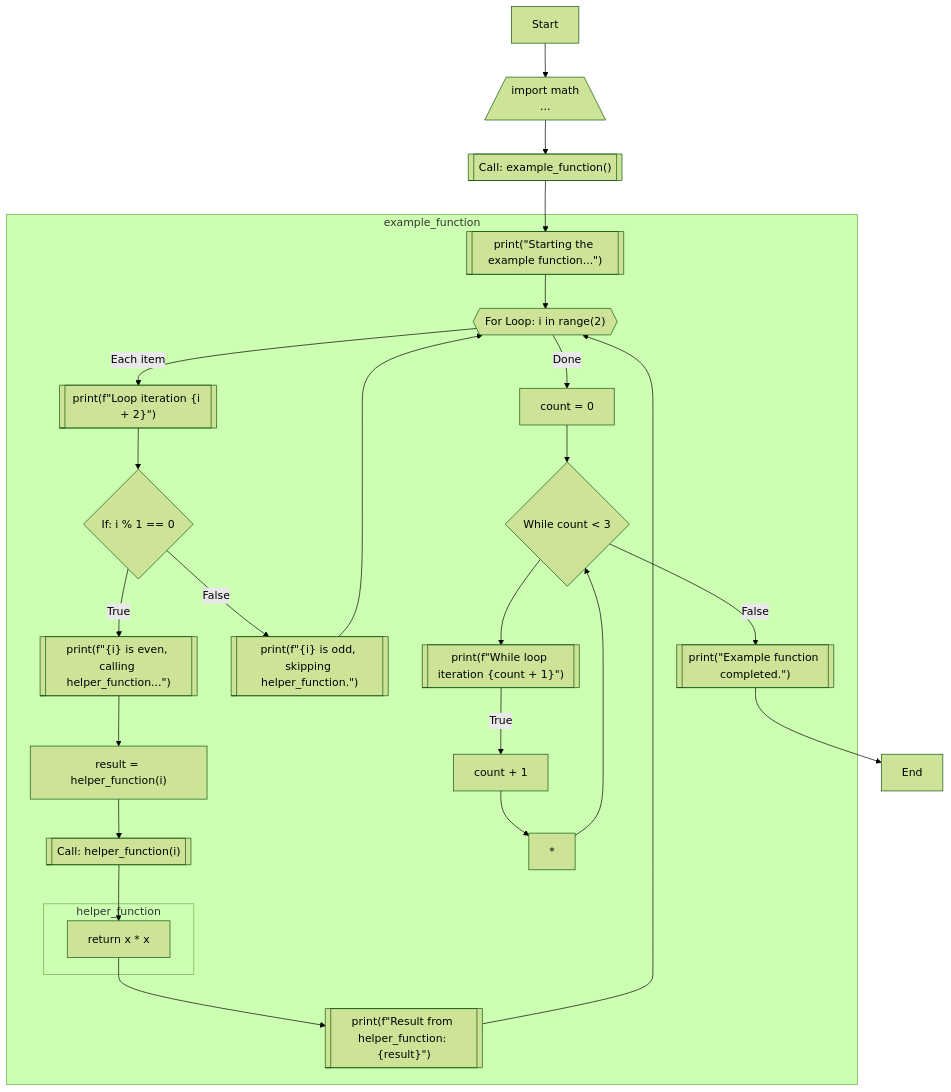
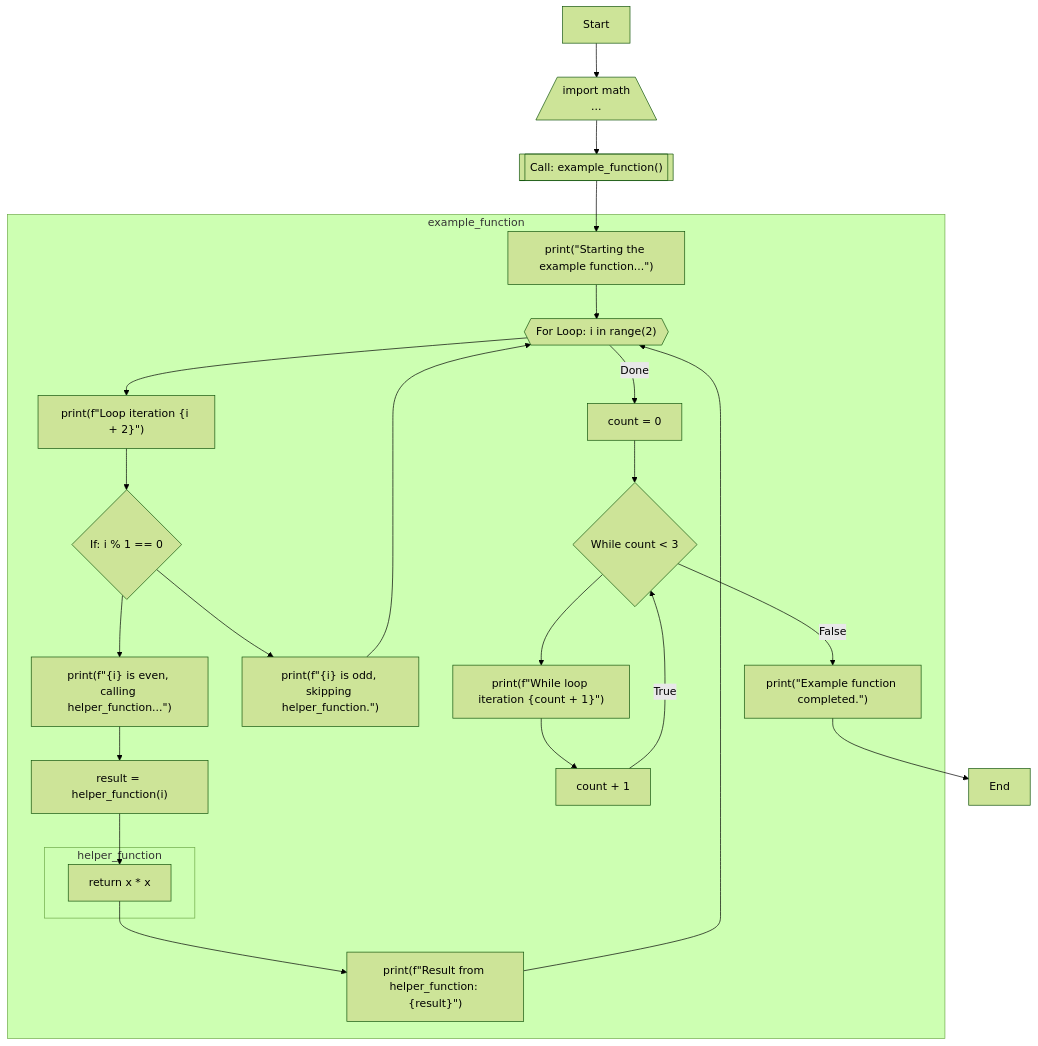
Before and after one commit to Leonardo8133/flowchart-machine: the diagram in flowchart/flowchart.mmd, drawn with Mermaid (forest theme). The commit also changed 11 other files, not shown here.

```diff
--- a/flowchart/flowchart.mmd
+++ b/flowchart/flowchart.mmd
@@ -1,80 +1,72 @@
 graph TD
-    start1[Start]
-    end2[End]
-    import3[/"import math
+	start1[Start]
+	end2[End]
+	import3[/"import math
 ..."\]
-    call_example_function4[["Call: example_function()"]]
-    expr6[["print(#quot;Starting the example function...#quot;)"]]
-    for_loop7{{"For Loop: i in range(2)"}}
-    expr9[["print(f#quot;Loop iteration {i + 2}#quot;)"]]
-    if_cond10{"If: i % 1 == 0"}
-    expr12[["print(f#quot;{i} is even, calling helper_function...#quot;)"]]
-    assign13["result = helper_function(i)"]
-    call_helper_function14[["Call: helper_function(i)"]]
-    return16["return x * x"]
-    expr17[["print(f#quot;Result from helper_function: {result}#quot;)"]]
-    expr18[["print(f#quot;{i} is odd, skipping helper_function.#quot;)"]]
-    assign19["count = 0"]
-    while_loop20{"While count < 3"}
-    expr22[["print(f#quot;While loop iteration {count + 1}#quot;)"]]
-    augassign23["count + 1"]
-    next_iter24[*]
-    expr25[["print(#quot;Example function completed.#quot;)"]]
+	call_example_function4[["Call: example_function()"]]
+	print6["print(#quot;Starting the example function...#quot;)"]
+	for_loop7{{"For Loop: i in range(2)"}}
+	print9["print(f#quot;Loop iteration {i + 2}#quot;)"]
+	if_cond10{"If: i % 1 == 0"}
+	print12["print(f#quot;{i} is even, calling helper_function...#quot;)"]
+	assign13["result = helper_function(i)"]
+	return15["return x * x"]
+	print16["print(f#quot;Result from helper_function: {result}#quot;)"]
+	print17["print(f#quot;{i} is odd, skipping helper_function.#quot;)"]
+	assign18["count = 0"]
+	while_loop19{"While count < 3"}
+	print21["print(f#quot;While loop iteration {count + 1}#quot;)"]
+	augassign22["count + 1"]
+	print23["print(#quot;Example function completed.#quot;)"]
     subgraph example_function
-        expr6
+        print6
         for_loop7
-        expr9
+        print9
         if_cond10
-        expr12
+        print12
         assign13
-        call_helper_function14
-        expr17
-        expr18
-        assign19
-        while_loop20
-        expr22
-        augassign23
-        next_iter24
-        expr25
+        print16
+        print17
+        assign18
+        while_loop19
+        print21
+        augassign22
+        print23
         subgraph helper_function
-            return16
+            return15
         end
     end
-    start1 --> import3
-    import3 --> call_example_function4
-    call_example_function4 --> expr6
-    expr6 --> for_loop7
-    for_loop7 -->|Each item| expr9
-    expr9 --> if_cond10
-    if_cond10 -->|True| expr12
-    expr12 --> assign13
-    assign13 --> call_helper_function14
-    call_helper_function14 --> return16
-    return16 --> expr17
-    expr17 --> for_loop7
-    if_cond10 -->|False| expr18
-    expr18 --> for_loop7
-    for_loop7 -->|Done| assign19
-    assign19 --> while_loop20
-    while_loop20 --> expr22
-    expr22 -->|True| augassign23
-    augassign23 --> next_iter24
-    next_iter24 --> while_loop20
-    while_loop20 -->|False| expr25
-    expr25 --> end2
-click expr6 setClickedNode
+	start1 --> import3
+	import3 --> call_example_function4
+	call_example_function4 --> print6
+	print6 --> for_loop7
+	for_loop7 --> print9
+	print9 --> if_cond10
+	if_cond10 --> print12
+	print12 --> assign13
+	assign13 --> return15
+	return15 --> print16
+	print16 --> for_loop7
+	if_cond10 --> print17
+	print17 --> for_loop7
+	for_loop7 -->|Done| assign18
+	assign18 --> while_loop19
+	while_loop19 --> print21
+	print21 --> augassign22
+	augassign22 -->|True| while_loop19
+	while_loop19 -->|False| print23
+	print23 --> end2
+click print6 setClickedNode
 click for_loop7 setClickedNode
-click expr9 setClickedNode
+click print9 setClickedNode
 click if_cond10 setClickedNode
-click expr12 setClickedNode
+click print12 setClickedNode
 click assign13 setClickedNode
-click call_helper_function14 setClickedNode
-click return16 setClickedNode
-click expr17 setClickedNode
-click expr18 setClickedNode
-click assign19 setClickedNode
-click while_loop20 setClickedNode
-click expr22 setClickedNode
-click augassign23 setClickedNode
-click next_iter24 setClickedNode
-click expr25 setClickedNode
+click return15 setClickedNode
+click print16 setClickedNode
+click print17 setClickedNode
+click assign18 setClickedNode
+click while_loop19 setClickedNode
+click print21 setClickedNode
+click augassign22 setClickedNode
+click print23 setClickedNode
```
